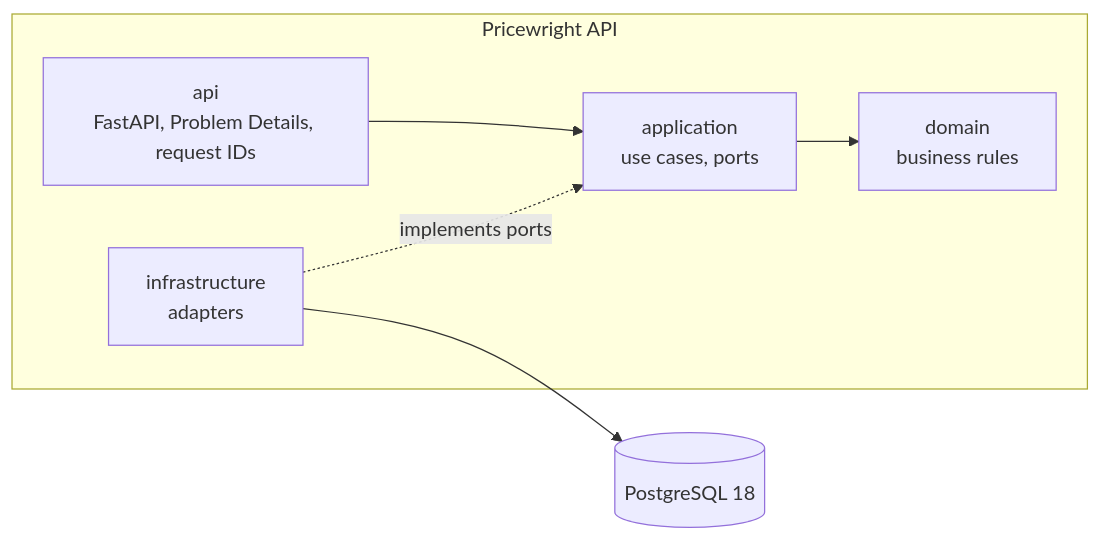
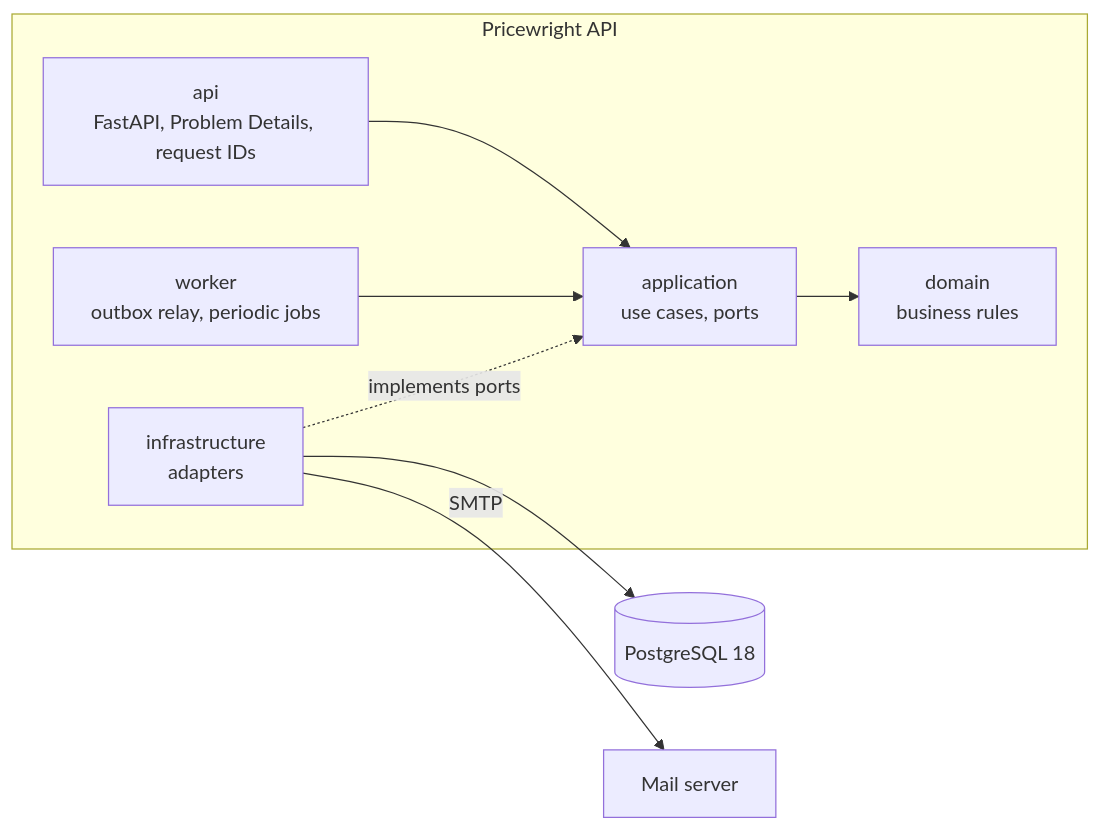
The second of 10 diagrams in docs/architecture.md (odvprogra/pricewright-api), drawn with Mermaid before and after one commit. The commit also changed other lines of this file and 2 other files, not shown here.

Commit message:
docs: close M5 in the README, the architecture and CLAUDE.md (#95)

````diff
--- a/docs/architecture.md
+++ b/docs/architecture.md
@@ -22,13 +24,16 @@
 ```mermaid
 flowchart LR
     subgraph service[Pricewright API]
         api[api<br/>FastAPI, Problem Details, request IDs]
+        worker[worker<br/>outbox relay, periodic jobs]
         app[application<br/>use cases, ports]
         domain[domain<br/>business rules]
         infra[infrastructure<br/>adapters]
         api --> app
+        worker --> app
         app --> domain
         infra -.implements ports.-> app
     end
     infra --> db[(PostgreSQL 18)]
+    infra -->|SMTP| mail[Mail server]
 ```
````
